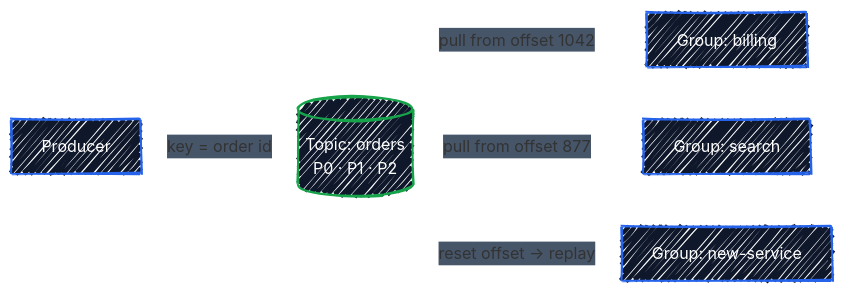
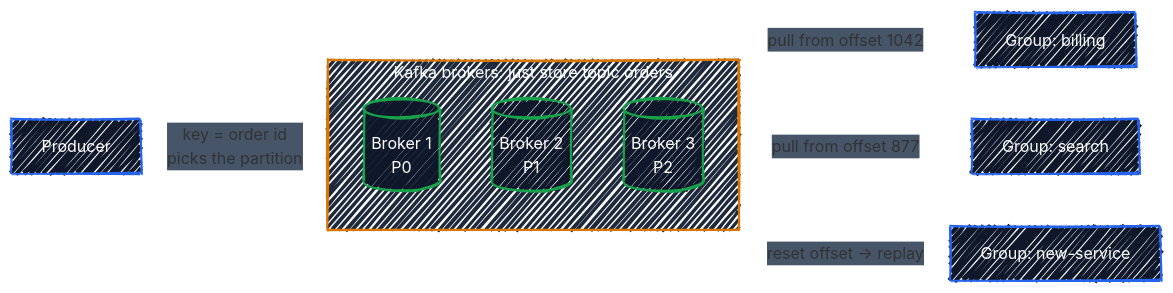
Before and after one commit to r97221004/BK-interview: the second of 2 diagrams in docs/architecture-and-scaling/q39-kafka-vs-rabbitmq.md, drawn with Mermaid. The commit also changed other lines of this file, not shown here.

Commit message:
docs: draw the brokers in the Q39 diagrams
AS IS: the RabbitMQ and Kafka diagrams showed producers, queues, a
topic and consumers but never the broker itself, so the answer's core
contrast - a broker that tracks every message versus brokers that only
store the log - had nothing to point at

TO BE: the RabbitMQ exchange and queues sit inside a broker box with an
ack edge showing the message is deleted, and the Kafka topic becomes
three brokers each holding one partition; both boxes get an explicit
dark fill and white title so they avoid the pale cluster background
that made the last commit drop subgraphs

TASK # N/A

````diff
--- a/docs/architecture-and-scaling/q39-kafka-vs-rabbitmq.md
+++ b/docs/architecture-and-scaling/q39-kafka-vs-rabbitmq.md
@@ -83,24 +90,33 @@
 ```mermaid
 ---
 config:
   look: handDrawn
   theme: default
   themeVariables:
     fontFamily: '"Comic Sans MS", "Comic Sans", "Segoe Print", "Bradley Hand", cursive'
     lineColor: '#FFFFFF'
     edgeLabelBackground: '#475569'
   themeCSS: |
     .edgeLabel, .edgeLabel p, .edgeLabel span { color: #FFFFFF !important; }
+    .cluster-label, .cluster-label p, .cluster-label span { color: #FFFFFF !important; }
 ---
 flowchart LR
-    p["Producer"] -->|"key = order id"| t[("Topic: orders<br/>P0 · P1 · P2")]
-    t -->|"pull from offset 1042"| g1["Group: billing"]
-    t -->|"pull from offset 877"| g2["Group: search"]
-    t -.->|"reset offset → replay"| g3["Group: new-service"]
+    p["Producer"] -->|"key = order id<br/>picks the partition"| cluster
+    subgraph cluster["Kafka brokers: just store topic orders"]
+        direction TB
+        b1[("Broker 1<br/>P0")]
+        b2[("Broker 2<br/>P1")]
+        b3[("Broker 3<br/>P2")]
+    end
+    cluster -->|"pull from offset 1042"| g1["Group: billing"]
+    cluster -->|"pull from offset 877"| g2["Group: search"]
+    cluster -.->|"reset offset → replay"| g3["Group: new-service"]
+
+    style cluster fill:#1E293B,stroke:#D97706,stroke-width:2px,color:#FFFFFF
 
     classDef edgeStyle fill:#0F172A,stroke:#2563EB,stroke-width:2px,color:#FFFFFF
     classDef svcStyle fill:#D97706,stroke:#92400E,stroke-width:3px,color:#FFFFFF
     classDef dataStyle fill:#0F172A,stroke:#16A34A,stroke-width:2px,color:#FFFFFF
     class p,g1,g2,g3 edgeStyle
-    class t dataStyle
+    class b1,b2,b3 dataStyle
 ```
````
